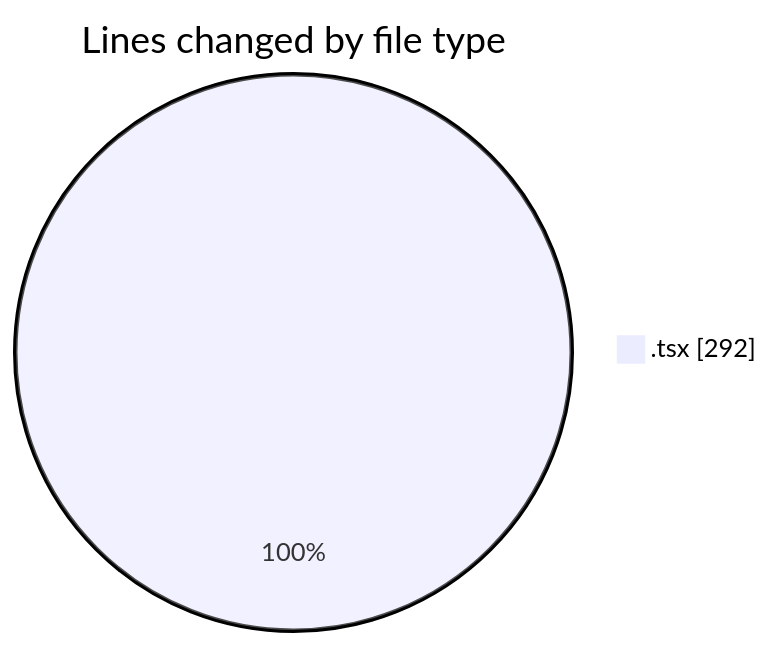
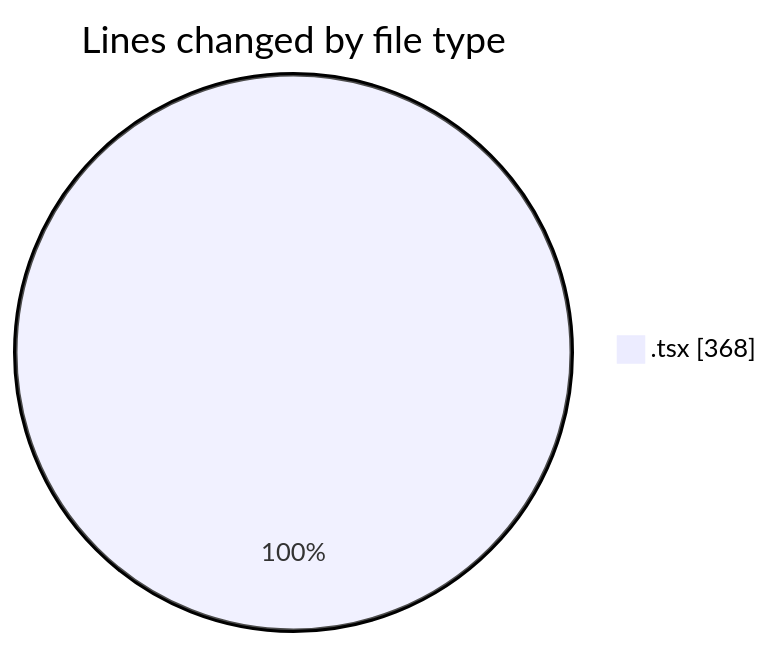
One commit to momahboobian/code-tracking changed the first of 2 diagrams in 2025-09-14/cda/README.md. Above: the diagram before and after it, drawn with Mermaid. The commit also changed other lines of this file and 1 other file, not shown here.

````diff
--- a/2025-09-14/cda/README.md
+++ b/2025-09-14/cda/README.md
@@ -20,5 +20,5 @@
 ```mermaid
 pie showData
 title Lines changed by file type
-".tsx" : 292
+".tsx" : 368
 ```
````
